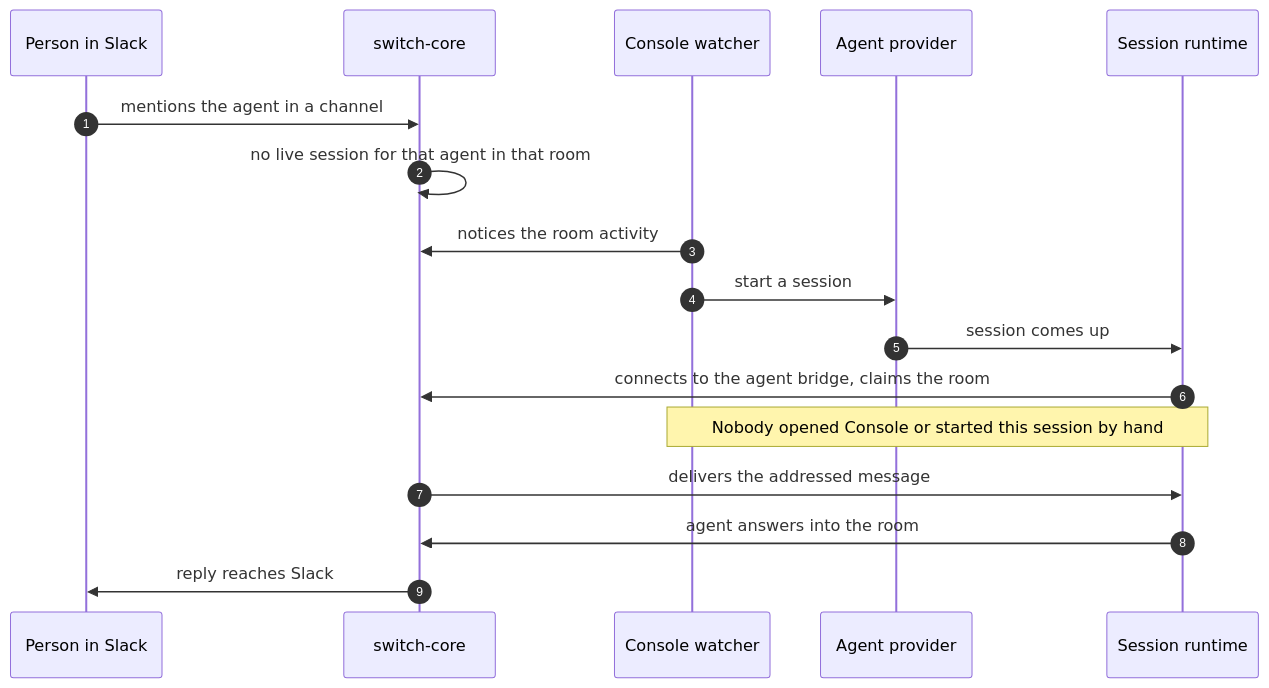
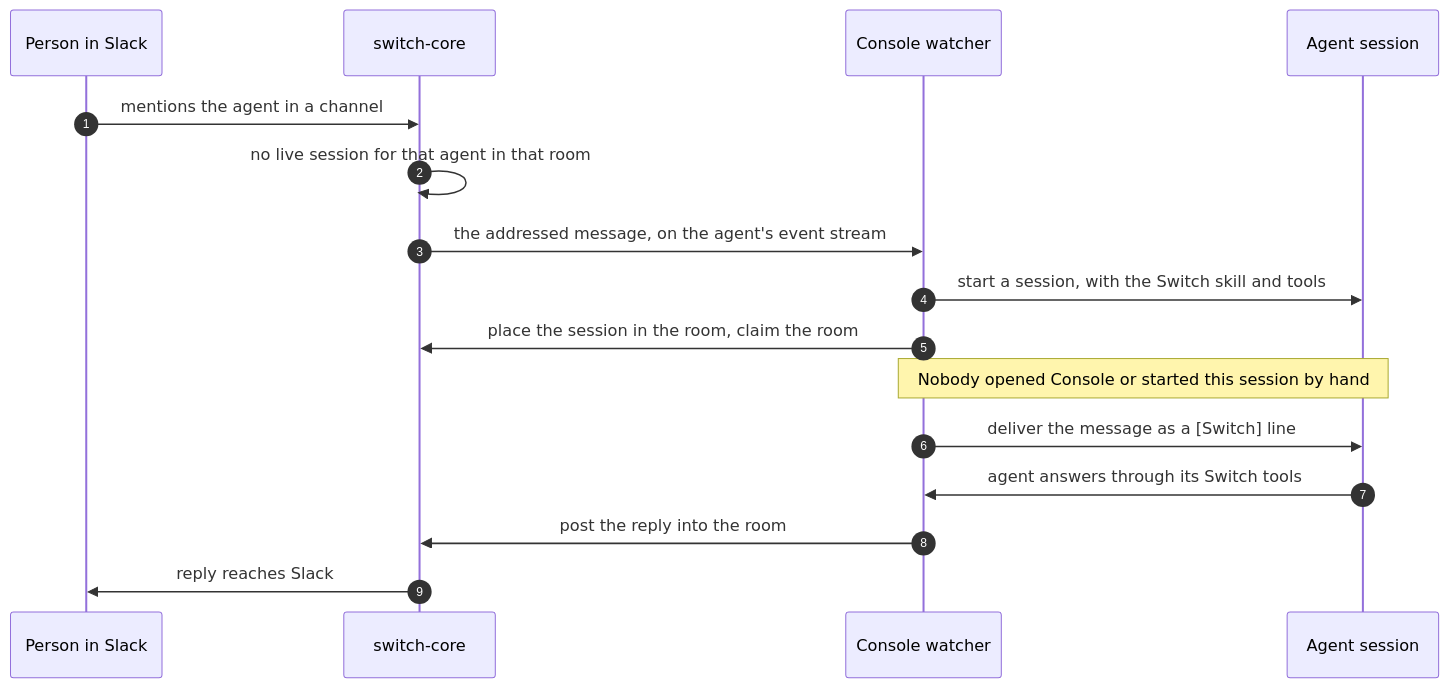
One commit to sandbox-quantum/switch changed the diagram in docs/official/internals/switch-console.md. Above: the diagram before and after it, drawn with Mermaid. The commit also changed other lines of this file and 126 other files, not shown here.

First line of the commit message:
refactor: drop connector plugins and standalone runtime; Console pushes one Switch skill

````diff
--- a/docs/official/internals/switch-console.md
+++ b/docs/official/internals/switch-console.md
@@ -39,20 +39,19 @@
 ```mermaid
 %%{init: {'themeVariables': {'fontSize': '13px'}}}%%
 sequenceDiagram
   autonumber
   participant P as Person in Slack
   participant S as switch-core
   participant C as Console watcher
-  participant V as Agent provider
-  participant R as Session runtime
+  participant V as Agent session
   P->>S: mentions the agent in a channel
   S->>S: no live session for that agent in that room
-  C->>S: notices the room activity
-  C->>V: start a session
-  V->>R: session comes up
-  R->>S: connects to the agent bridge, claims the room
-  Note over C,R: Nobody opened Console or started this session by hand
-  S->>R: delivers the addressed message
-  R->>S: agent answers into the room
+  S->>C: the addressed message, on the agent's event stream
+  C->>V: start a session, with the Switch skill and tools
+  C->>S: place the session in the room, claim the room
+  Note over C,V: Nobody opened Console or started this session by hand
+  C->>V: deliver the message as a [Switch] line
+  V->>C: agent answers through its Switch tools
+  C->>S: post the reply into the room
   S->>P: reply reaches Slack
 ```
````
